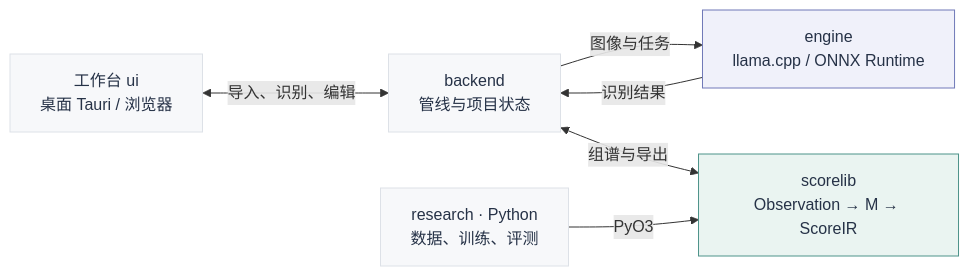
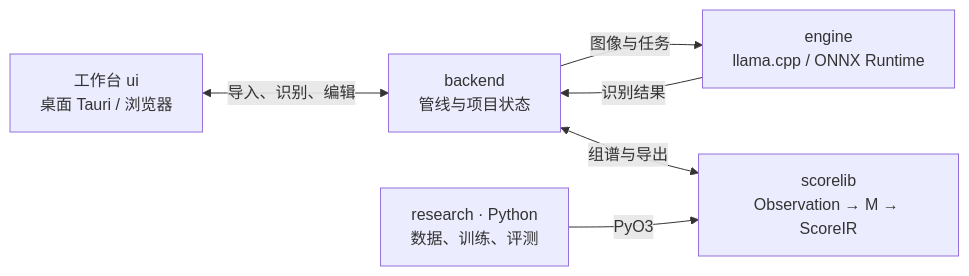
The diagram in README.md (Flurry-L/guitarOCR), drawn with Mermaid before and after one commit. The commit also changed other lines of this file and 96 other files, not shown here.

````diff
--- a/README.md
+++ b/README.md
@@ -218,14 +63,8 @@
 ```mermaid
 flowchart LR
     UI["工作台 ui<br/>桌面 Tauri / 浏览器"] <-->|"导入、识别、编辑"| API["backend<br/>管线与项目状态"]
     API -->|"图像与任务"| E["engine<br/>llama.cpp / ONNX Runtime"]
     E -->|"识别结果"| API
     API <-->|"组谱与导出"| S["scorelib<br/>Observation → M → ScoreIR"]
     R["research · Python<br/>数据、训练、评测"] -->|"PyO3"| S
-    classDef app fill:#F7F8FA,stroke:#DDE1E7,color:#263247
-    classDef net fill:#F0F1FA,stroke:#7079B8,color:#263247
-    classDef core fill:#EAF4F1,stroke:#4D938A,color:#263247
-    class UI,API,R app
-    class E net
-    class S core
 ```
````
